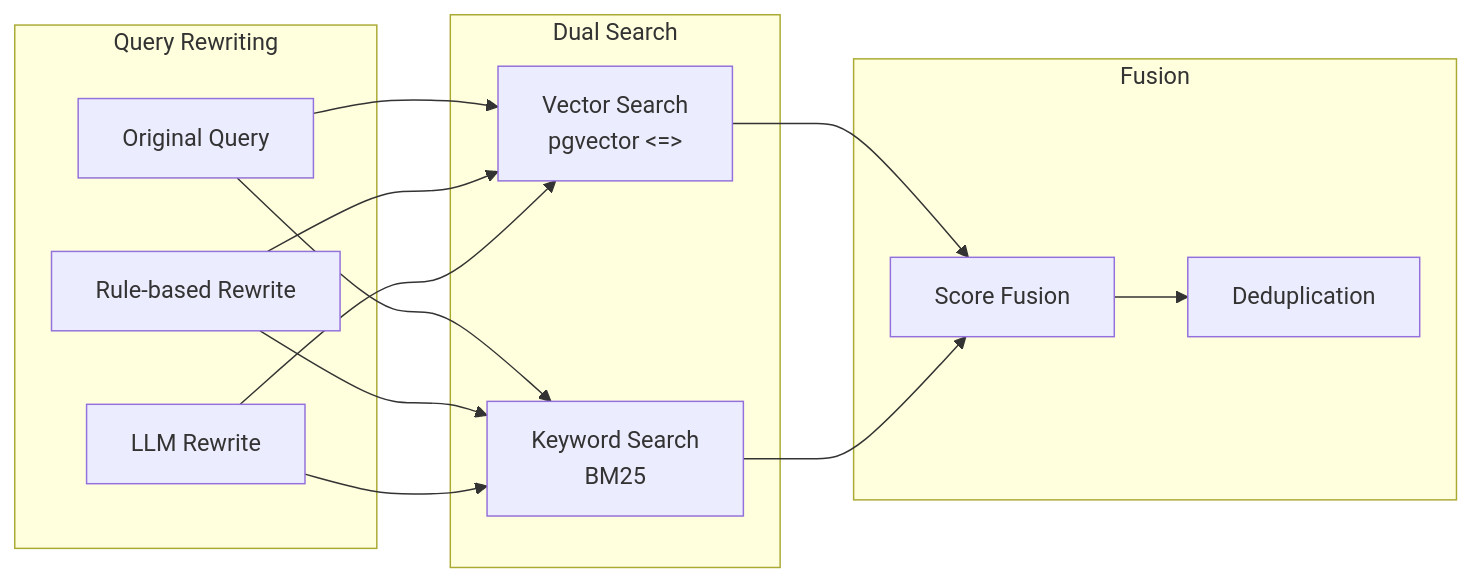
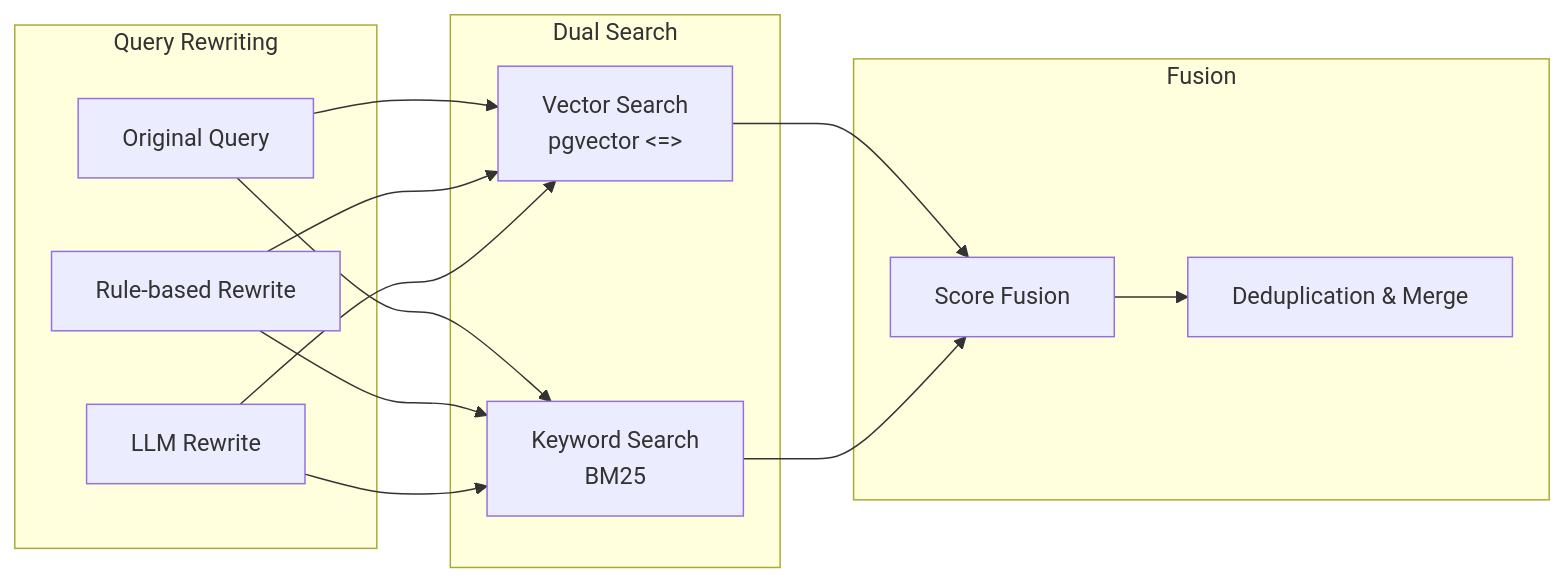
The third of 4 diagrams in docs/articles/en/retrieval-system-deep-dive.md (Timwood0x10/ARES), drawn with Mermaid before and after one commit. The commit also changed other lines of this file and 22 other files, not shown here.

````diff
--- a/docs/articles/en/retrieval-system-deep-dive.md
+++ b/docs/articles/en/retrieval-system-deep-dive.md
@@ -303,25 +303,25 @@
 ```mermaid
 graph LR
     subgraph "Query Rewriting"
         Q1[Original Query]
         Q2[Rule-based Rewrite]
         Q3[LLM Rewrite]
     end
     subgraph "Dual Search"
         V[Vector Search<br/>pgvector <=>]
         K[Keyword Search<br/>BM25]
     end
     subgraph "Fusion"
         S[Score Fusion]
-        D[Deduplication]
+        D[Deduplication & Merge]
     end
     Q1 --> V
     Q1 --> K
     Q2 --> V
     Q2 --> K
     Q3 --> V
     Q3 --> K
     V --> S
     K --> S
     S --> D
 ```
````
